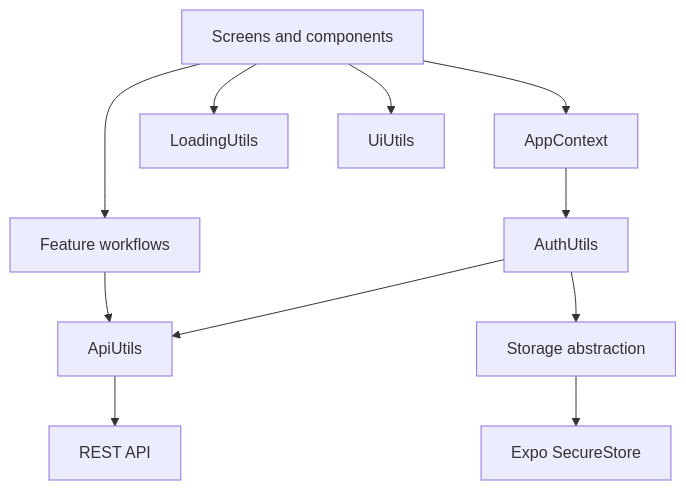
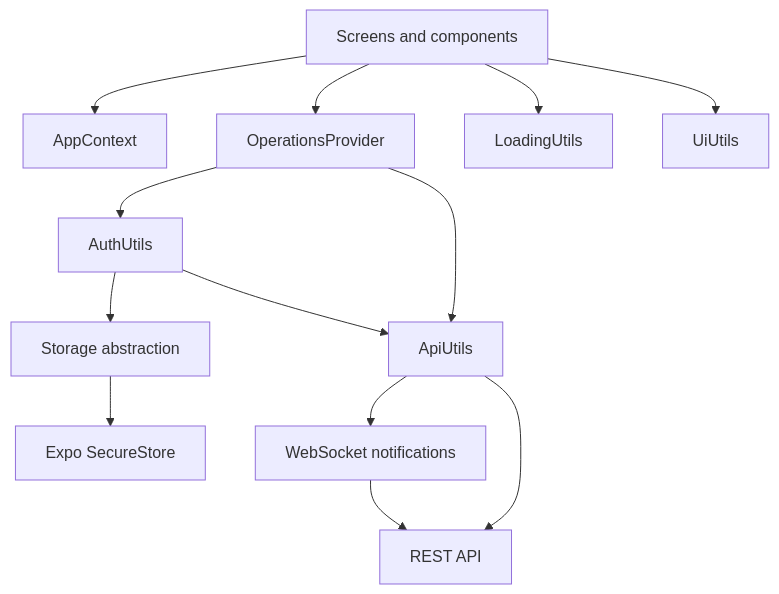
One commit to HattoriHanzo-Ronin/mac-filter changed the third of 4 diagrams in README.md. Above: the diagram before and after it, drawn with Mermaid. The commit also changed other lines of this file and 1 other file, not shown here.

Commit message:
docs: update project architecture

````diff
--- a/README.md
+++ b/README.md
@@ -92,13 +92,15 @@
 ```mermaid
 flowchart TD
     UI[Screens and components] --> Context[AppContext]
-    UI --> Domain[Feature workflows]
-    Context --> Auth[AuthUtils]
-    Domain --> API[ApiUtils]
+    UI --> Operations[OperationsProvider]
+    Operations --> Auth[AuthUtils]
+    Operations --> API[ApiUtils]
     Auth --> API
     Auth --> Storage[Storage abstraction]
     Storage --> Secure[Expo SecureStore]
     API --> Backend[REST API]
+    API --> Socket[WebSocket notifications]
+    Socket --> Backend
     UI --> Loading[LoadingUtils]
     UI --> Feedback[UiUtils]
 ```
````
